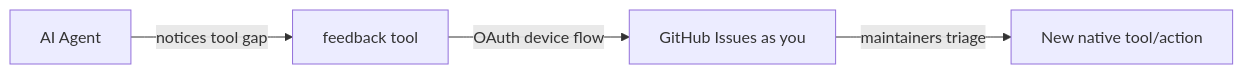
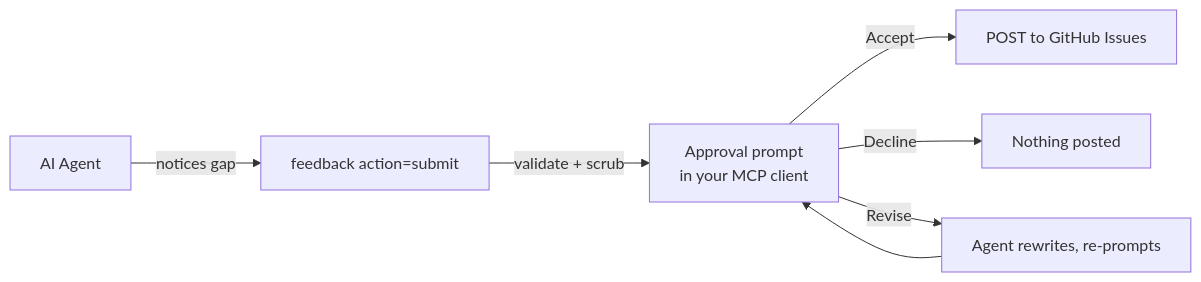
The diagram in docs/feedback.md (db-lyon/ue-mcp), drawn with Mermaid before and after one commit. The commit also changed other lines of this file and 3 other files, not shown here.

````diff
--- a/docs/feedback.md
+++ b/docs/feedback.md
@@ -7,6 +7,9 @@
 ```mermaid
 flowchart LR
-    Agent[AI Agent] -->|notices tool gap| FT[feedback tool]
-    FT -->|OAuth device flow| GH[GitHub Issues as you]
-    GH -->|maintainers triage| Fix[New native tool/action]
+    Agent[AI Agent] -->|notices gap| Submit[feedback action=submit]
+    Submit -->|validate + scrub| Prompt[Approval prompt<br/>in your MCP client]
+    Prompt -->|Accept| Post[POST to GitHub Issues]
+    Prompt -->|Decline| Discard[Nothing posted]
+    Prompt -->|Revise| Loop[Agent rewrites, re-prompts]
+    Loop --> Prompt
 ```
````
